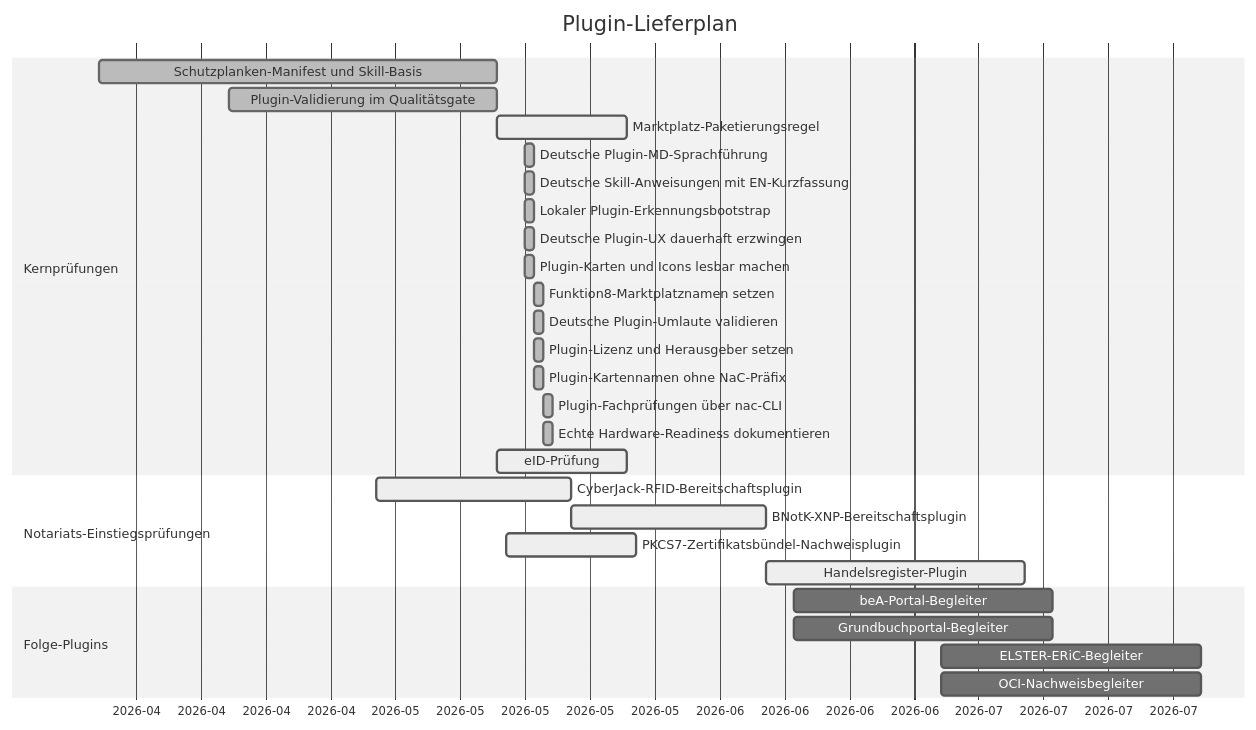
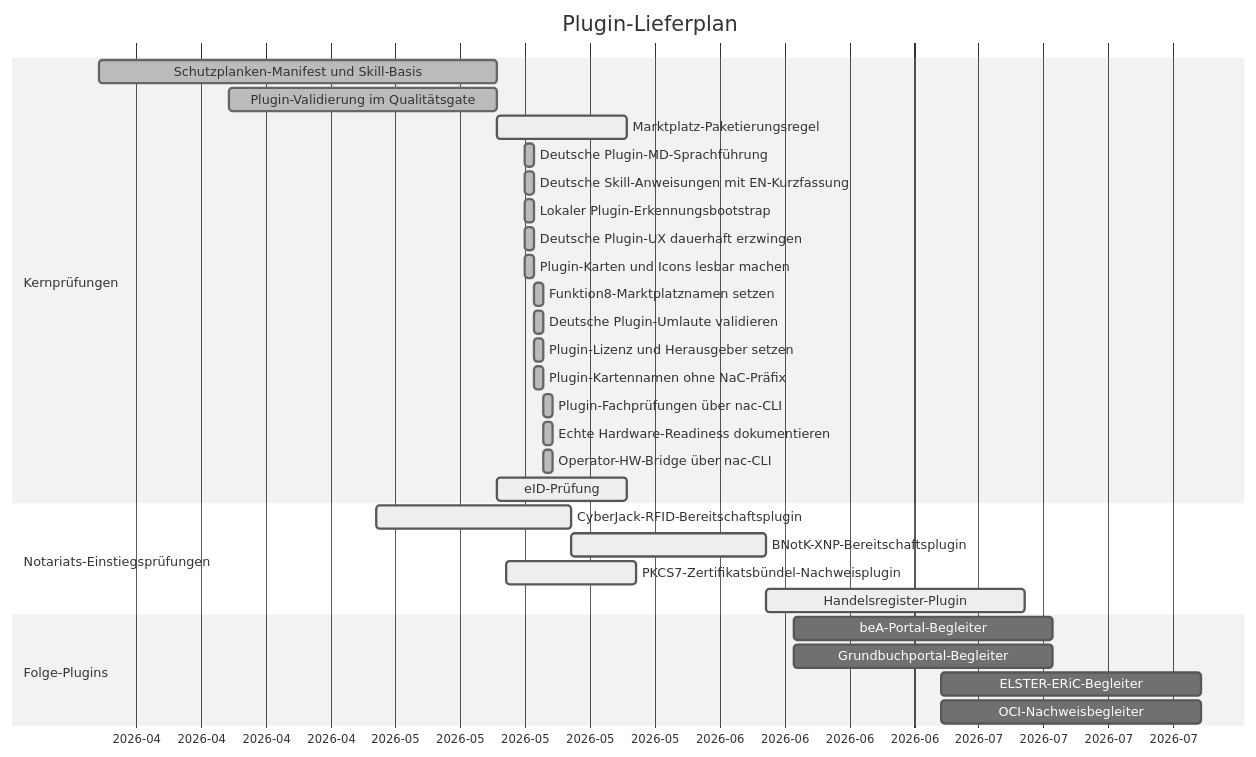
Before and after one commit to notariat8/NaC: the diagram in plugins/GANTT.md, drawn with Mermaid (neutral theme). The commit also changed other lines of this file and 19 other files, not shown here.

Commit message:
Add local operator hardware bridge

````diff
--- a/plugins/GANTT.md
+++ b/plugins/GANTT.md
@@ -5,35 +5,36 @@
 ```mermaid
 gantt
     title Plugin-Lieferplan
     dateFormat  YYYY-MM-DD
     axisFormat  %Y-%m
 
     section Kernprüfungen
     Schutzplanken-Manifest und Skill-Basis     :done,   p1, 2026-04-01, 2026-05-14
     Plugin-Validierung im Qualitätsgate       :done,   p2, 2026-04-15, 2026-05-14
     Marktplatz-Paketierungsregel               :active, p3, 2026-05-14, 14d
     Deutsche Plugin-MD-Sprachführung          :done,   p3a, 2026-05-17, 1d
     Deutsche Skill-Anweisungen mit EN-Kurzfassung :done, p3b, 2026-05-17, 1d
     Lokaler Plugin-Erkennungsbootstrap          :done,   p3c, 2026-05-17, 1d
     Deutsche Plugin-UX dauerhaft erzwingen      :done,   p3d, 2026-05-17, 1d
     Plugin-Karten und Icons lesbar machen       :done,   p3e, 2026-05-17, 1d
     Funktion8-Marktplatznamen setzen            :done,   p3f, 2026-05-18, 1d
     Deutsche Plugin-Umlaute validieren           :done,   p3g, 2026-05-18, 1d
     Plugin-Lizenz und Herausgeber setzen         :done,   p3h, 2026-05-18, 1d
     Plugin-Kartennamen ohne NaC-Präfix           :done,   p3i, 2026-05-18, 1d
     Plugin-Fachprüfungen über nac-CLI            :done,   p3j, 2026-05-19, 1d
     Echte Hardware-Readiness dokumentieren       :done,   p3k, 2026-05-19, 1d
+    Operator-HW-Bridge über nac-CLI              :done,   p3l, 2026-05-19, 1d
     eID-Prüfung                            :active, p4, 2026-05-14, 14d
 
     section Notariats-Einstiegsprüfungen
     CyberJack-RFID-Bereitschaftsplugin         :active, p5, 2026-05-01, 21d
     BNotK-XNP-Bereitschaftsplugin              :active, p6, after p5, 21d
     PKCS7-Zertifikatsbündel-Nachweisplugin    :active, p6a, 2026-05-15, 14d
     Handelsregister-Plugin                     :active, p7, after p6, 28d
 
     section Folge-Plugins
     beA-Portal-Begleiter                       :        p8, 2026-06-15, 28d
     Grundbuchportal-Begleiter                  :        p9, 2026-06-15, 28d
     ELSTER-ERiC-Begleiter                      :        p10, 2026-07-01, 28d
     OCI-Nachweisbegleiter                      :        p11, 2026-07-01, 28d
 ```
````
